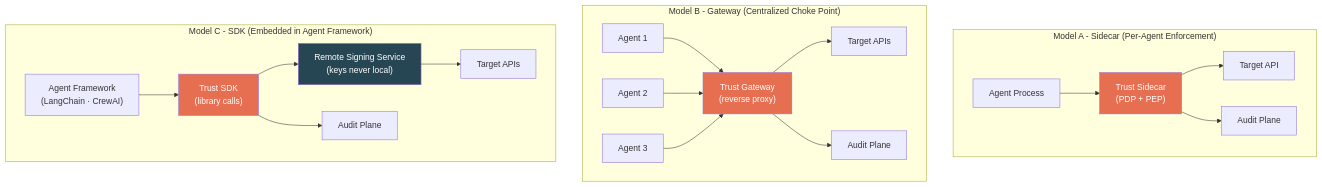
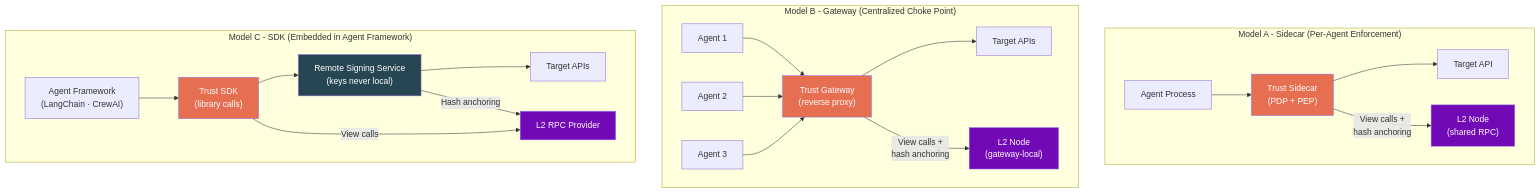
One commit to kjayashr/cryptographic-trust-layer changed the fourth of 13 diagrams in cryptographic-trust-layer-thesis.md. Above: the diagram before and after it, drawn with Mermaid. The commit also changed other lines of this file, not shown here.

First line of the commit message:
Rewrite architecture to smart contract-based enforcement on Ethereum L2

````diff
--- a/cryptographic-trust-layer-thesis.md
+++ b/cryptographic-trust-layer-thesis.md
@@ -149,31 +154,35 @@
 ```mermaid
 graph TB
     subgraph "Model A - Sidecar (Per-Agent Enforcement)"
         direction LR
         A1["Agent Process"] --> A2["Trust Sidecar<br/>(PDP + PEP)"]
         A2 --> A3["Target API"]
-        A2 --> A4["Audit Plane"]
+        A2 -->|"View calls +<br/>hash anchoring"| A4["L2 Node<br/>(shared RPC)"]
     end
 
     subgraph "Model B - Gateway (Centralized Choke Point)"
         direction LR
         B1["Agent 1"] --> B4["Trust Gateway<br/>(reverse proxy)"]
         B2["Agent 2"] --> B4
         B3["Agent 3"] --> B4
         B4 --> B5["Target APIs"]
-        B4 --> B6["Audit Plane"]
+        B4 -->|"View calls +<br/>hash anchoring"| B6["L2 Node<br/>(gateway-local)"]
     end
 
     subgraph "Model C - SDK (Embedded in Agent Framework)"
         direction LR
         C1["Agent Framework<br/>(LangChain · CrewAI)"] --> C2["Trust SDK<br/>(library calls)"]
         C2 --> C3["Remote Signing Service<br/>(keys never local)"]
         C3 --> C4["Target APIs"]
-        C2 --> C5["Audit Plane"]
+        C2 -->|"View calls"| C5["L2 RPC Provider"]
+        C3 -->|"Hash anchoring"| C5
     end
 
     style A2 fill:#e76f51,color:#fff
     style B4 fill:#e76f51,color:#fff
     style C2 fill:#e76f51,color:#fff
     style C3 fill:#264653,color:#fff
+    style A4 fill:#7209b6,color:#fff
+    style B6 fill:#7209b6,color:#fff
+    style C5 fill:#7209b6,color:#fff
 ```
````
